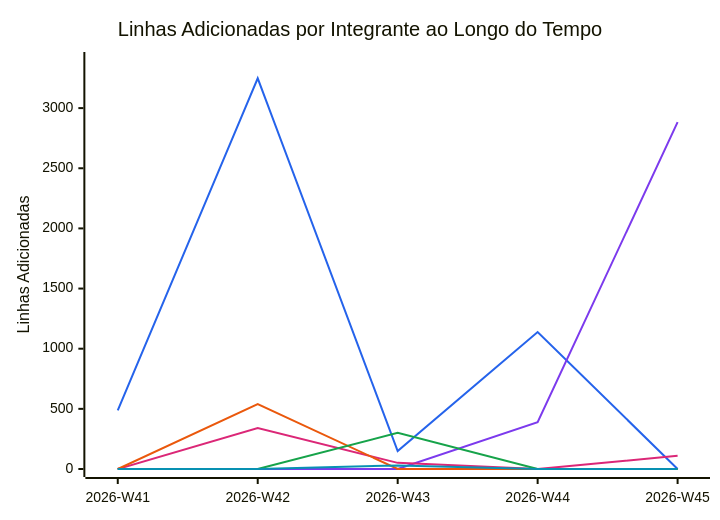
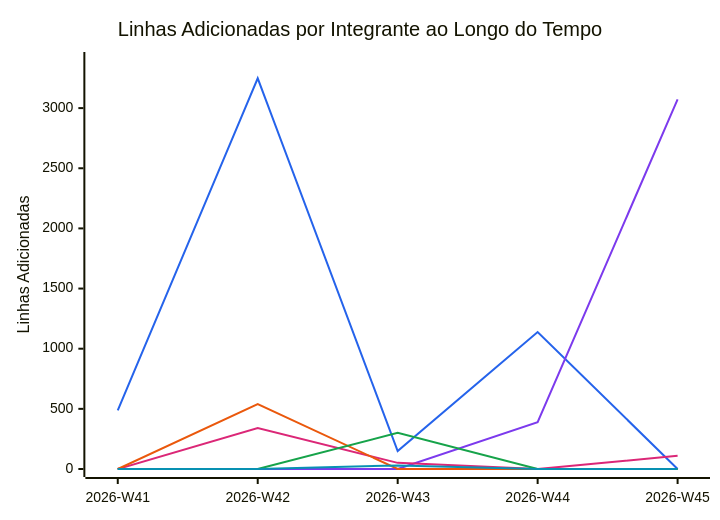
The diagram in documentation/snippets/management/code-additions.mmd (FCTE-Qualidade-de-Software-1/2026-2_T02_FRANS_BILAS), drawn with Mermaid before and after one commit. The commit also changed 2 other files, not shown here.

```diff
--- a/documentation/snippets/management/code-additions.mmd
+++ b/documentation/snippets/management/code-additions.mmd
@@ -1,11 +1,11 @@
 %%{init: {"themeVariables": {"xyChart": {"plotColorPalette": "#2563eb, #7c3aed, #db2777, #ea580c, #16a34a, #0891b2"}}}}%%
 xychart-beta
     title "Linhas Adicionadas por Integrante ao Longo do Tempo"
     x-axis ["2026-W41", "2026-W42", "2026-W43", "2026-W44", "2026-W45"]
     y-axis "Linhas Adicionadas" 0 --> 3400
     line [488, 3248, 149, 1139, 0]
-    line [0, 0, 0, 389, 2883]
+    line [0, 0, 0, 389, 3073]
     line [0, 340, 51, 0, 110]
     line [0, 540, 0, 0, 0]
     line [0, 0, 301, 0, 0]
     line [0, 0, 30, 0, 0]
```
